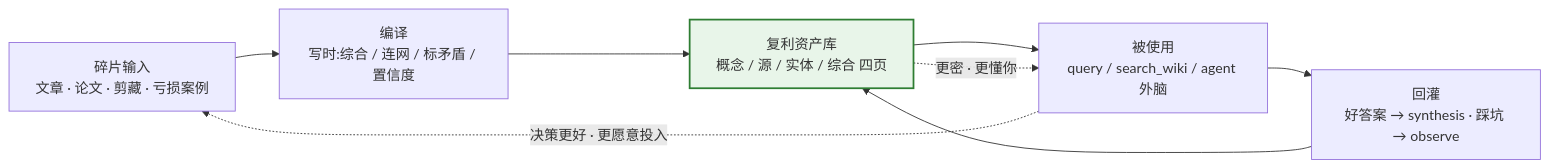
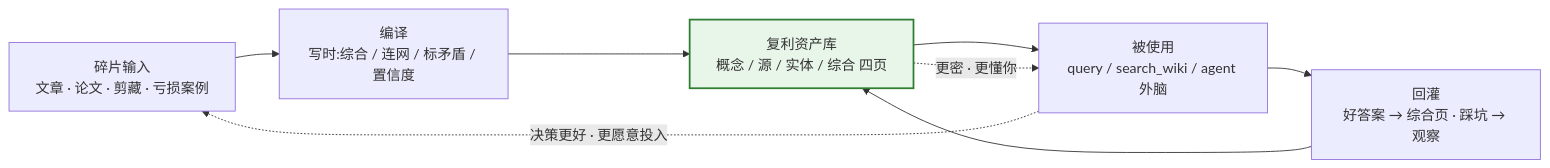
The second of 3 diagrams in README.md (gcc2ge/knowledge-compounder), drawn with Mermaid before and after one commit. The commit also changed other lines of this file, not shown here.

````diff
--- a/README.md
+++ b/README.md
@@ -87,15 +89,15 @@
 ```mermaid
 graph LR
     A["碎片输入<br/>文章 · 论文 · 剪藏 · 亏损案例"]
     B["编译<br/>写时:综合 / 连网 / 标矛盾 / 置信度"]
     C["复利资产库<br/>概念 / 源 / 实体 / 综合 四页"]
     D["被使用<br/>query / search_wiki / agent 外脑"]
-    E["回灌<br/>好答案 → synthesis · 踩坑 → observe"]
+    E["回灌<br/>好答案 → 综合页 · 踩坑 → 观察"]
 
     A --> B --> C --> D --> E --> C
     C -.->|更密 · 更懂你| D
     D -.->|决策更好 · 更愿意投入| A
 
     classDef asset fill:#e8f5e9,stroke:#2e7d32,stroke-width:2px
     class C asset
 ```
````
